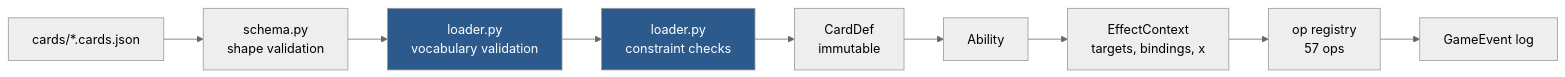
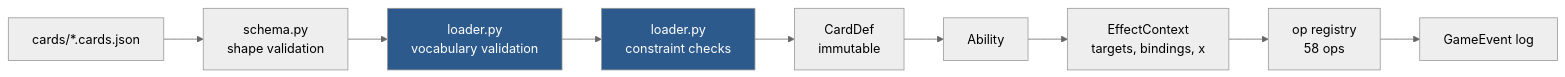
Before and after one commit to TylerGauntlett/commander-blitz: the diagram in docs/card-dsl.md, drawn with Mermaid (neutral theme). The commit also changed other lines of this file and 9 other files, not shown here.

````diff
--- a/docs/card-dsl.md
+++ b/docs/card-dsl.md
@@ -6,14 +6,14 @@
 ```mermaid
 flowchart LR
     json["cards/*.cards.json"] --> pydantic["schema.py<br/>shape validation"]
     pydantic --> vocab["loader.py<br/>vocabulary validation"]
     vocab --> constraints["loader.py<br/>constraint checks"]
     constraints --> carddef["CardDef<br/>immutable"]
     carddef --> ability["Ability"]
     ability --> ctx["EffectContext<br/>targets, bindings, x"]
-    ctx --> ops["op registry<br/>57 ops"]
+    ctx --> ops["op registry<br/>58 ops"]
     ops --> events["GameEvent log"]
 
     style vocab fill:#2d5a8c,color:#fff
     style constraints fill:#2d5a8c,color:#fff
 ```
````
